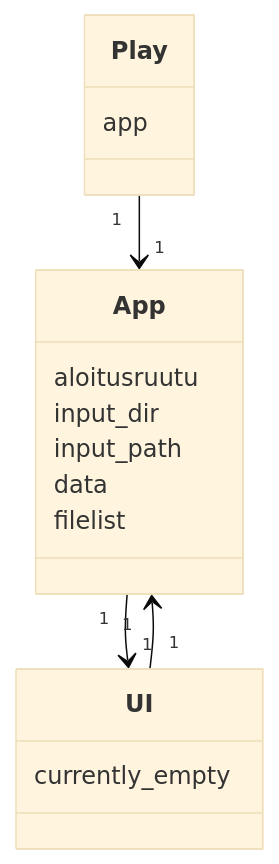
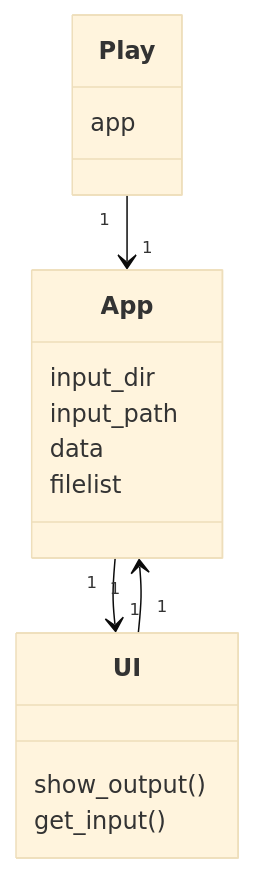
Before and after one commit to platipus82/ot-harjoitustyo: the diagram in dokumentaatio/luokkakaavio.MD, drawn with Mermaid (base theme).

````diff
--- a/dokumentaatio/luokkakaavio.MD
+++ b/dokumentaatio/luokkakaavio.MD
@@ -1,21 +1,21 @@
 ```mermaid
 classDiagram
     Play "1" --> "1" App 
     App "1" --> "1" UI
     UI "1" --> "1" App
     class App{
-        aloitusruutu
         input_dir
         input_path 
         data
         filelist
     }
     class Play{
         app
     }
     class UI{
-        currently_empty
+        show_output()
+        get_input()
     }
 
 
 ```
````
